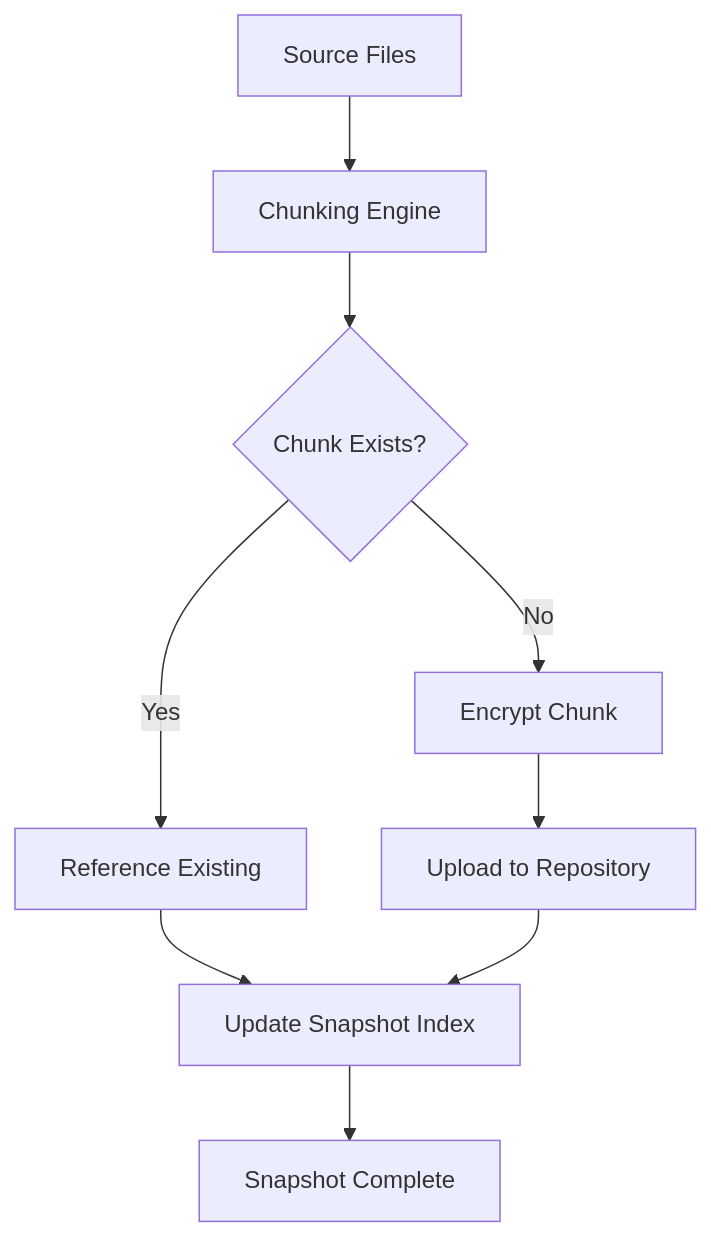
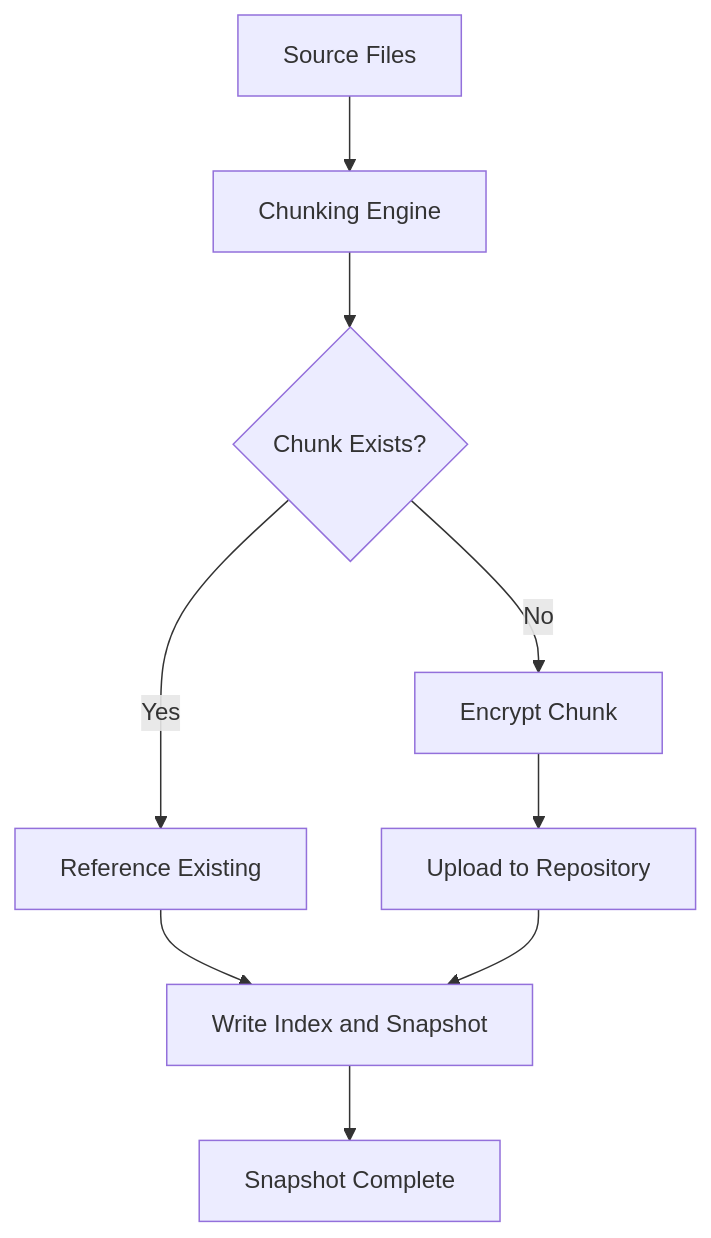
The diagram in posts/2026-01-25-restic-application-backup/README.md (OneUptime/blog), drawn with Mermaid before and after one commit. The commit also changed other lines of this file and 2 other files, not shown here.

````diff
--- a/posts/2026-01-25-restic-application-backup/README.md
+++ b/posts/2026-01-25-restic-application-backup/README.md
@@ -127,11 +132,11 @@
 ```mermaid
 flowchart TD
     A[Source Files] --> B[Chunking Engine]
     B --> C{Chunk Exists?}
     C -->|No| D[Encrypt Chunk]
     C -->|Yes| E[Reference Existing]
     D --> F[Upload to Repository]
-    E --> G[Update Snapshot Index]
+    E --> G[Write Index and Snapshot]
     F --> G
     G --> H[Snapshot Complete]
 ```
````
